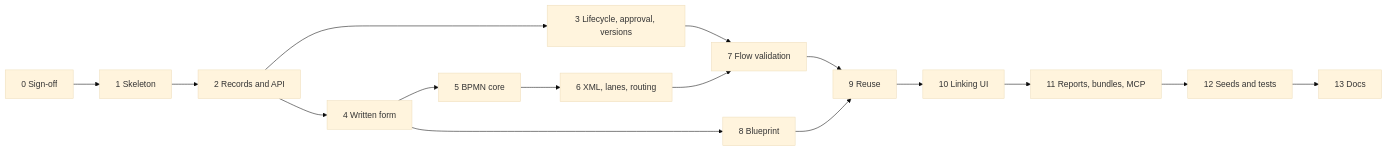
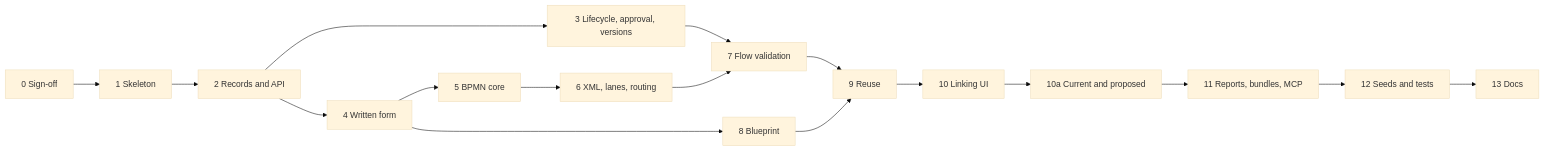
Before and after one commit to ballardr/reqtrackmanager: the first of 5 diagrams in docs/plans/module-16-workflow-capture-plan.md, drawn with Mermaid (base theme). The commit also changed other lines of this file and 354 other files, not shown here.

````diff
--- a/docs/plans/module-16-workflow-capture-plan.md
+++ b/docs/plans/module-16-workflow-capture-plan.md
@@ -28,18 +33,19 @@
 ```mermaid
 flowchart LR
     P0["0 Sign-off"] --> P1["1 Skeleton"]
     P1 --> P2["2 Records and API"]
     P2 --> P3["3 Lifecycle, approval, versions"]
     P2 --> P4["4 Written form"]
     P4 --> P5["5 BPMN core"]
     P5 --> P6["6 XML, lanes, routing"]
     P3 --> P7["7 Flow validation"]
     P6 --> P7
     P4 --> P8["8 Blueprint"]
     P7 --> P9["9 Reuse"]
     P8 --> P9
     P9 --> P10["10 Linking UI"]
-    P10 --> P11["11 Reports, bundles, MCP"]
+    P10 --> P10a["10a Current and proposed"]
+    P10a --> P11["11 Reports, bundles, MCP"]
     P11 --> P12["12 Seeds and tests"]
     P12 --> P13["13 Docs"]
 ```
````
